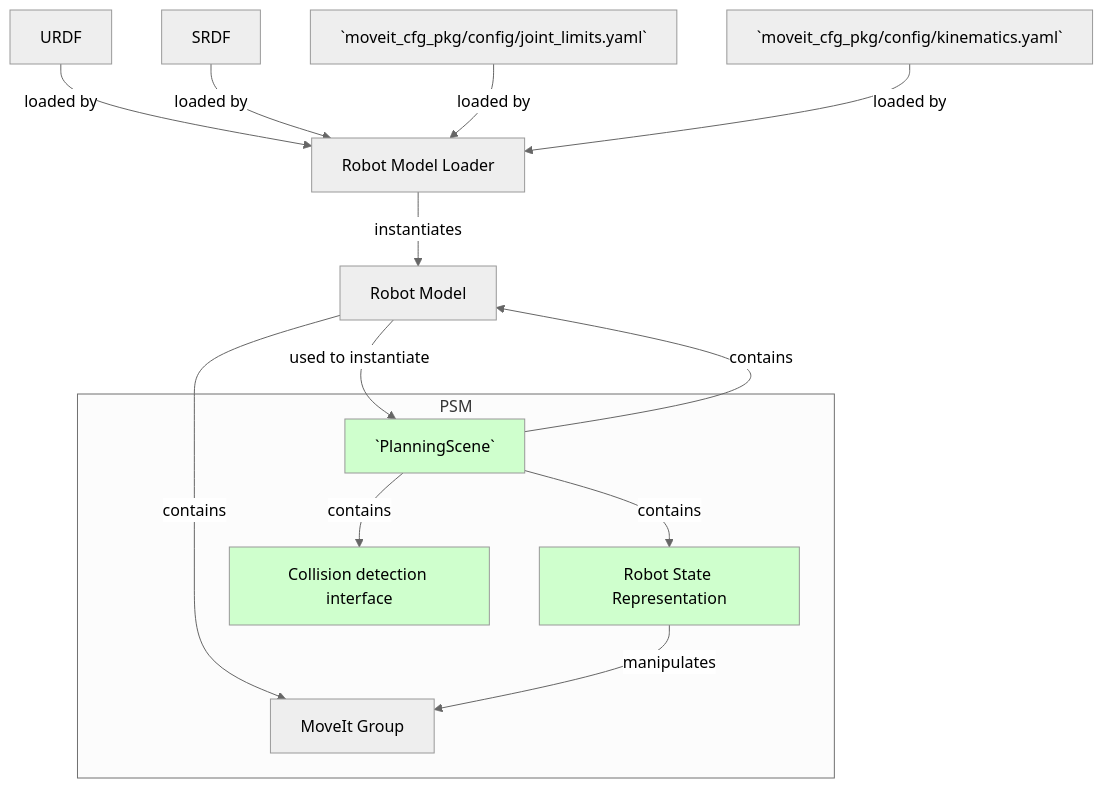
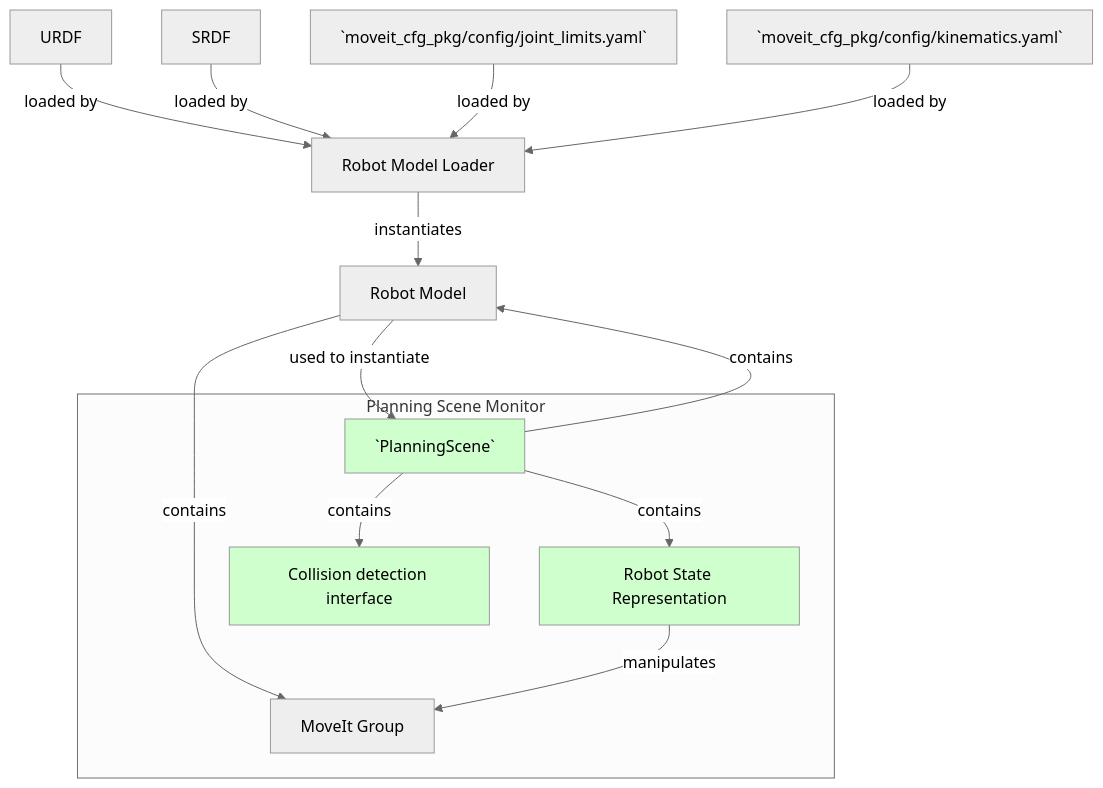
Before and after one commit to rafaelrojasmiliani/moveit_tutorial: the second of 2 diagrams in 02_planning_scene/readme.md, drawn with Mermaid (neutral theme).

````diff
--- a/02_planning_scene/readme.md
+++ b/02_planning_scene/readme.md
@@ -107,19 +107,19 @@
 ```mermaid
 graph TD;
     URDF -- loaded by --> RML[Robot Model Loader];
     SRDF -- loaded by --> RML;
     J[`moveit_cfg_pkg/config/joint_limits.yaml`] -- loaded by --> RML;
     K[`moveit_cfg_pkg/config/kinematics.yaml`] -- loaded by --> RML;
     RML -- instantiates --> RM[Robot Model];
     RM -- contains --> MG[MoveIt Group];
     PS[`PlanningScene`] -- contains --> RM;
     RM -- used to instantiate --> PS;
-    subgraph PSM
+    subgraph PSM[Planning Scene Monitor]
     PS -- contains --> RS[Robot State Representation];
     PS -- contains --> CD[Collision detection interface];
     RS -- manipulates --> MG;
     end
     style PS fill:#CFFFCD;
     style RS fill:#CFFFCD;
     style CD fill:#CFFFCD;
 ```
````
